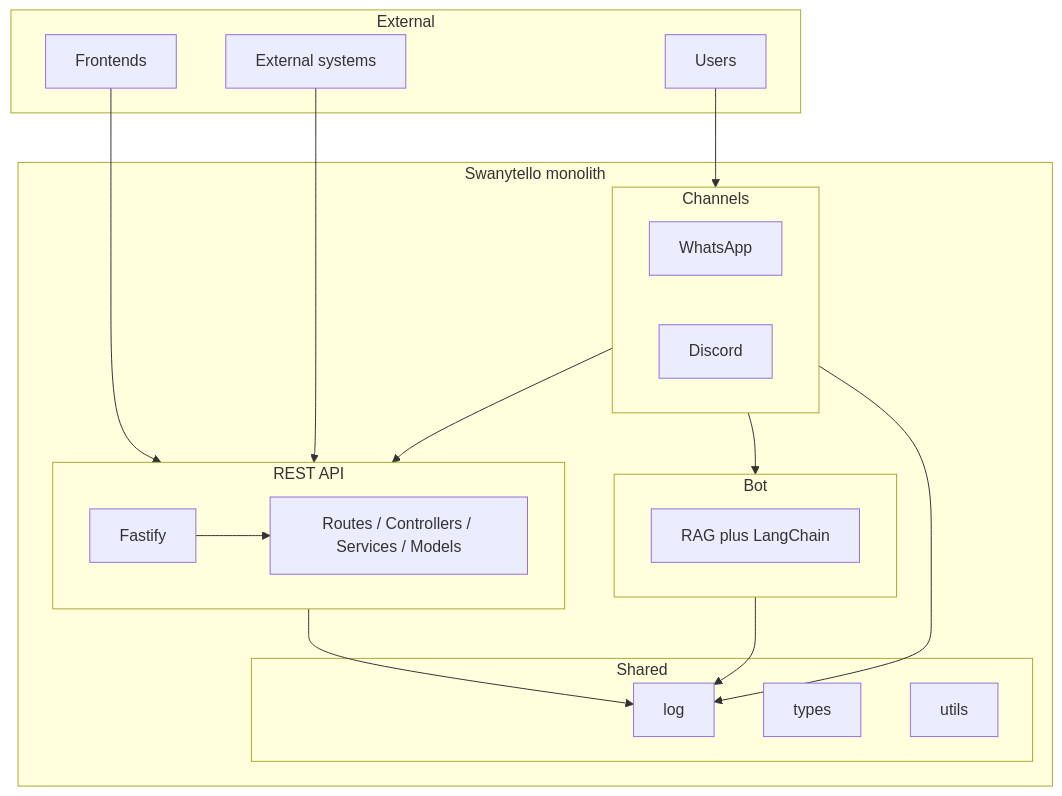
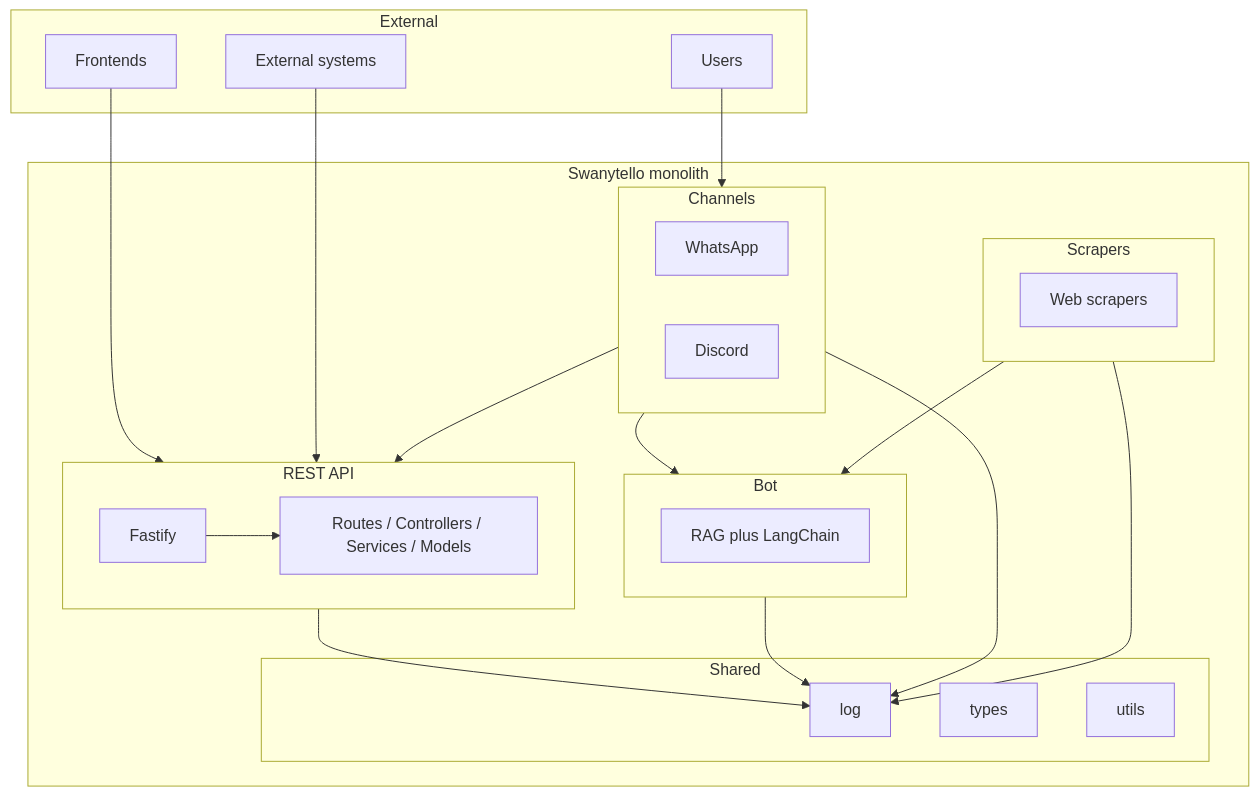
One commit to sorocode-comunidade/swanytello changed the first of 3 diagrams in README.md. Above: the diagram before and after it, drawn with Mermaid. The commit also changed other lines of this file and 10 other files, not shown here.

````diff
--- a/README.md
+++ b/README.md
@@ -32,40 +34,46 @@
 ```mermaid
 flowchart TB
   subgraph external [External]
     Frontends[Frontends]
     Systems[External systems]
     Users[Users]
   end
 
   subgraph monolith [Swanytello monolith]
     subgraph api [REST API]
       Fastify[Fastify]
       Routes[Routes / Controllers / Services / Models]
       Fastify --> Routes
     end
 
     subgraph bot [Bot]
       RAG[RAG plus LangChain]
     end
 
     subgraph channels [Channels]
       WhatsApp[WhatsApp]
       Discord[Discord]
     end
 
+    subgraph scrapers [Scrapers]
+      Scrape[Web scrapers]
+    end
+
     subgraph shared [Shared]
       Log[log]
       Types[types]
       Utils[utils]
     end
   end
 
   Frontends --> api
   Systems --> api
   Users --> channels
   channels --> api
   channels --> bot
+  scrapers --> bot
   api --> Log
   bot --> Log
   channels --> Log
+  scrapers --> Log
 ```
````
